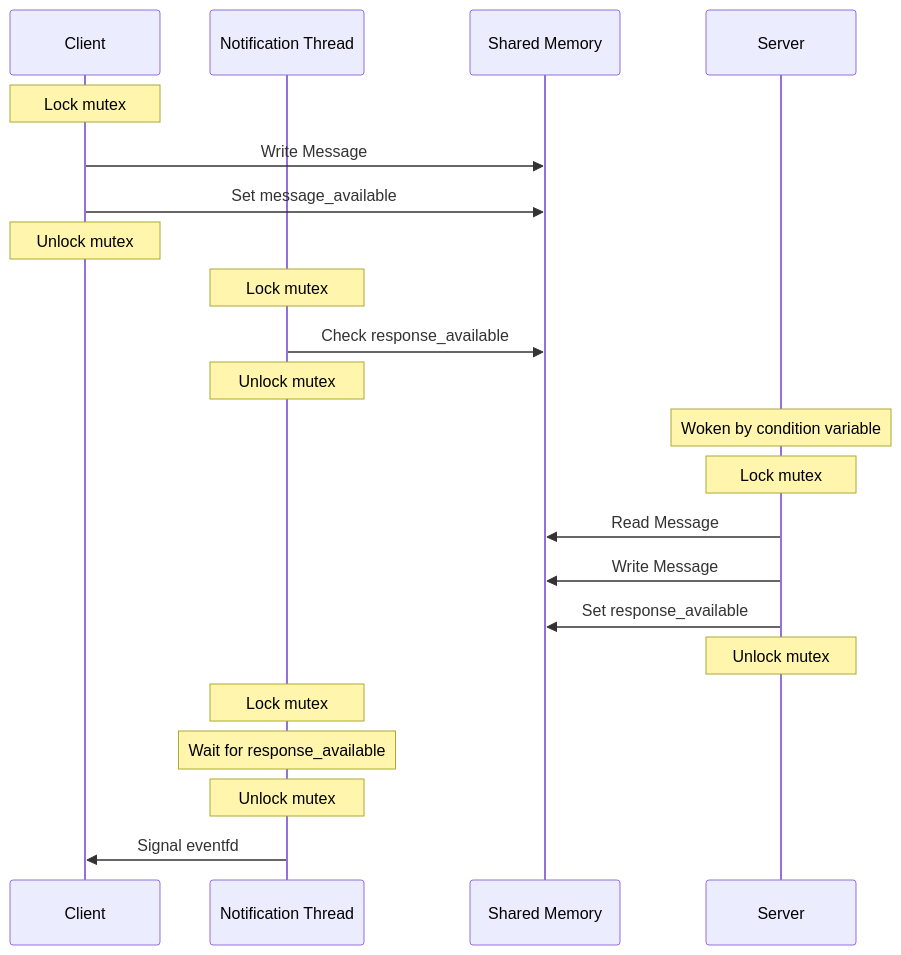
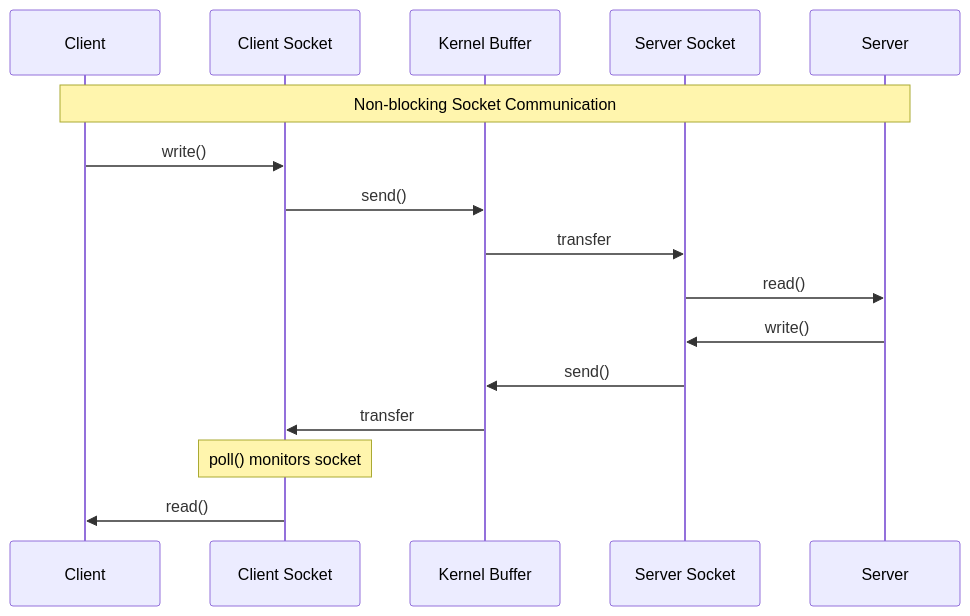
One commit to samuel-williams-shopify/ipc-benchmark changed the second of 6 diagrams in readme.md. Above: the diagram before and after it, drawn with Mermaid. The commit also changed other lines of this file, not shown here.

````diff
--- a/readme.md
+++ b/readme.md
@@ -97,28 +89,21 @@
 ```mermaid
 sequenceDiagram
     participant C as Client
-    participant NT as Notification Thread
-    participant SHM as Shared Memory
+    participant CS as Client Socket
+    participant KB as Kernel Buffer
+    participant SS as Server Socket
     participant S as Server
 
-    Note over C: Lock mutex
-    C->>SHM: Write Message
-    C->>SHM: Set message_available
-    Note over C: Unlock mutex
+    Note over C,S: Non-blocking Socket Communication
     
-    Note over NT: Lock mutex
-    NT->>SHM: Check response_available
-    Note over NT: Unlock mutex
-    Note over S: Woken by condition variable
+    C->>CS: write()
+    CS->>KB: send()
+    KB->>SS: transfer
+    SS->>S: read()
     
-    Note over S: Lock mutex
-    S->>SHM: Read Message
-    S->>SHM: Write Message
-    S->>SHM: Set response_available 
-    Note over S: Unlock mutex
-    
-    Note over NT: Lock mutex
-    Note over NT: Wait for response_available
-    Note over NT: Unlock mutex
-    NT->>C: Signal eventfd
+    S->>SS: write() 
+    SS->>KB: send()
+    KB->>CS: transfer
+    Note over CS: poll() monitors socket
+    CS->>C: read()
 ```
````
